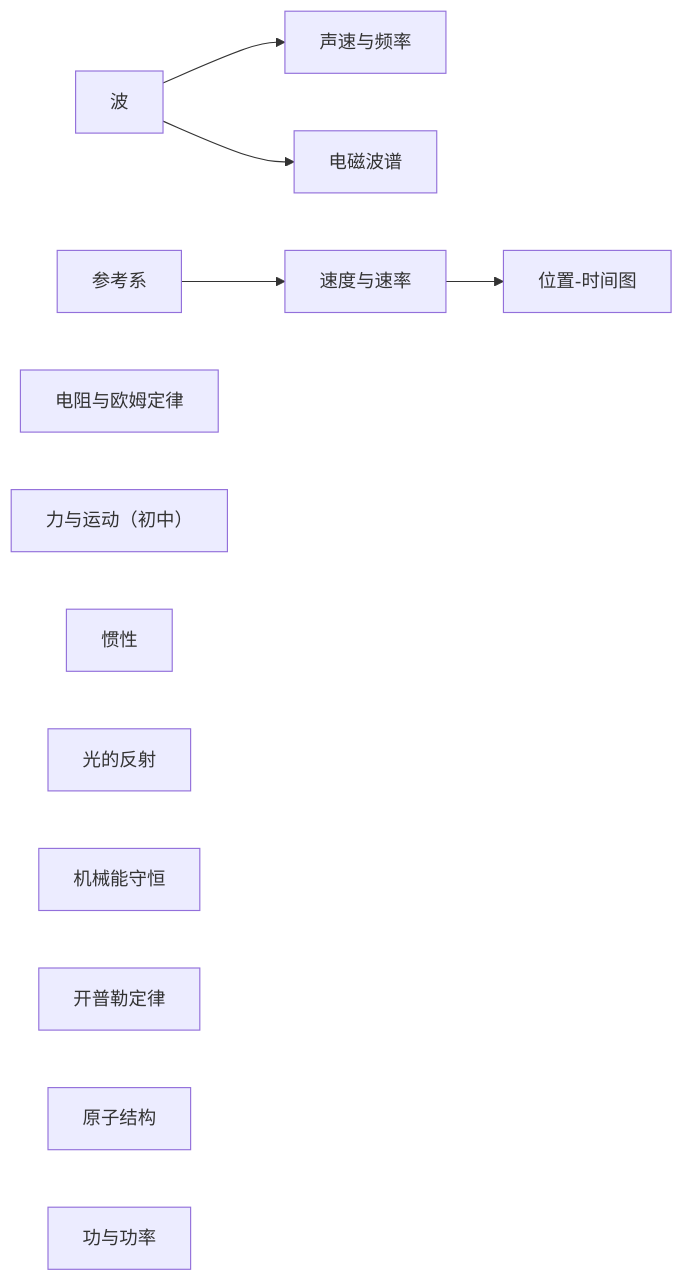
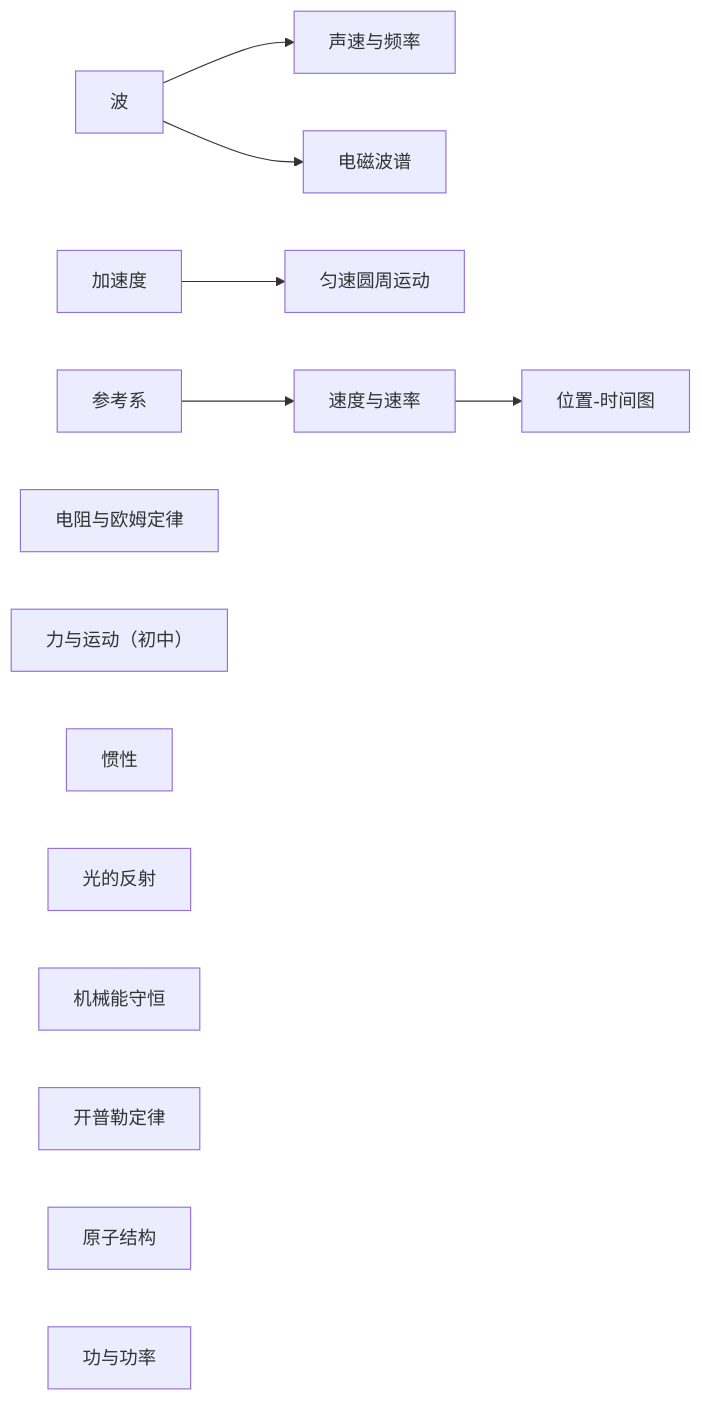
Before and after one commit to hpleapfrog/Scholia: the first of 2 diagrams in knowledge/physics/README.md, drawn with Mermaid. The commit also changed other lines of this file and 16 other files, not shown here.

````diff
--- a/knowledge/physics/README.md
+++ b/knowledge/physics/README.md
@@ -7,14 +7,15 @@
 ```mermaid
 graph LR
   W["波"] --> A["声速与频率"]
+  AC["加速度"] --> UCM["匀速圆周运动"]
   W --> M["电磁波谱"]
   F["参考系"] --> S["速度与速率"] --> P["位置-时间图"]
   R["电阻与欧姆定律"]
   N["力与运动（初中）"]
   I["惯性"]
   L["光的反射"]
   E["机械能守恒"]
   K["开普勒定律"]
   AT["原子结构"]
   WP["功与功率"]
 ```
````
